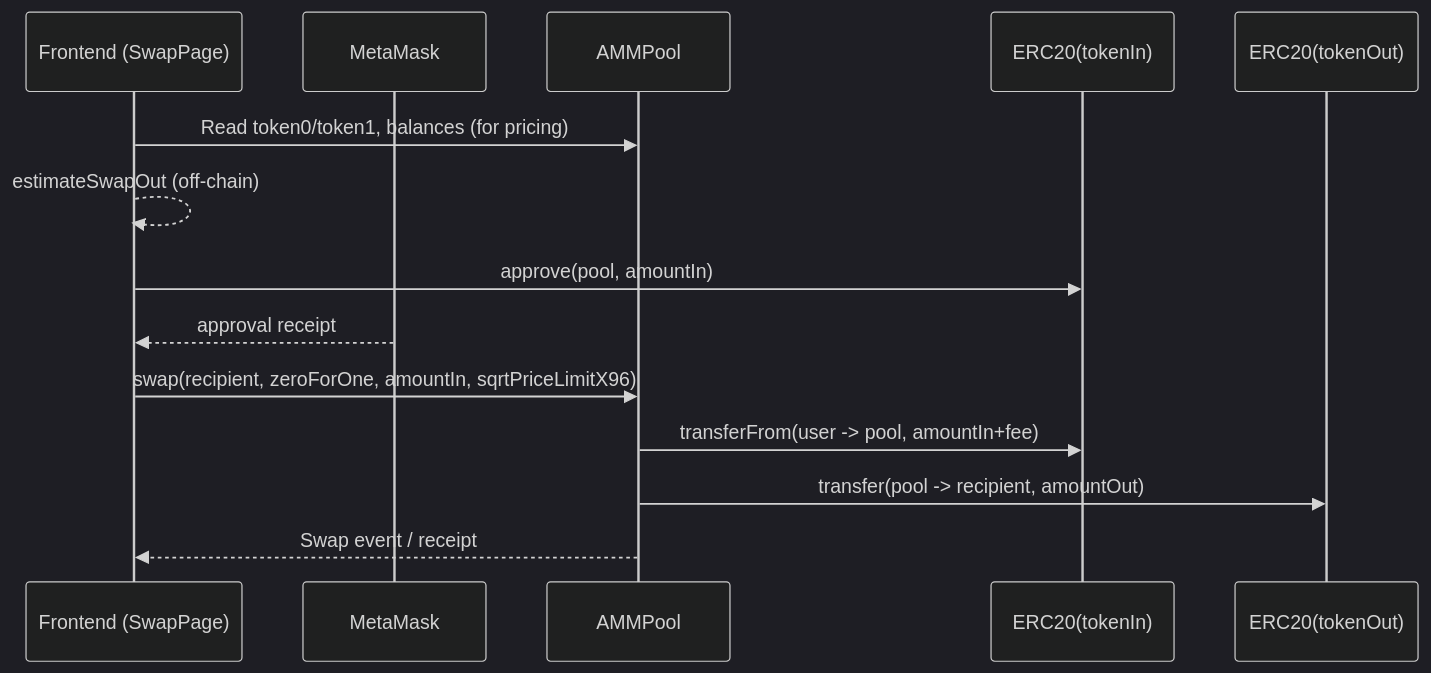
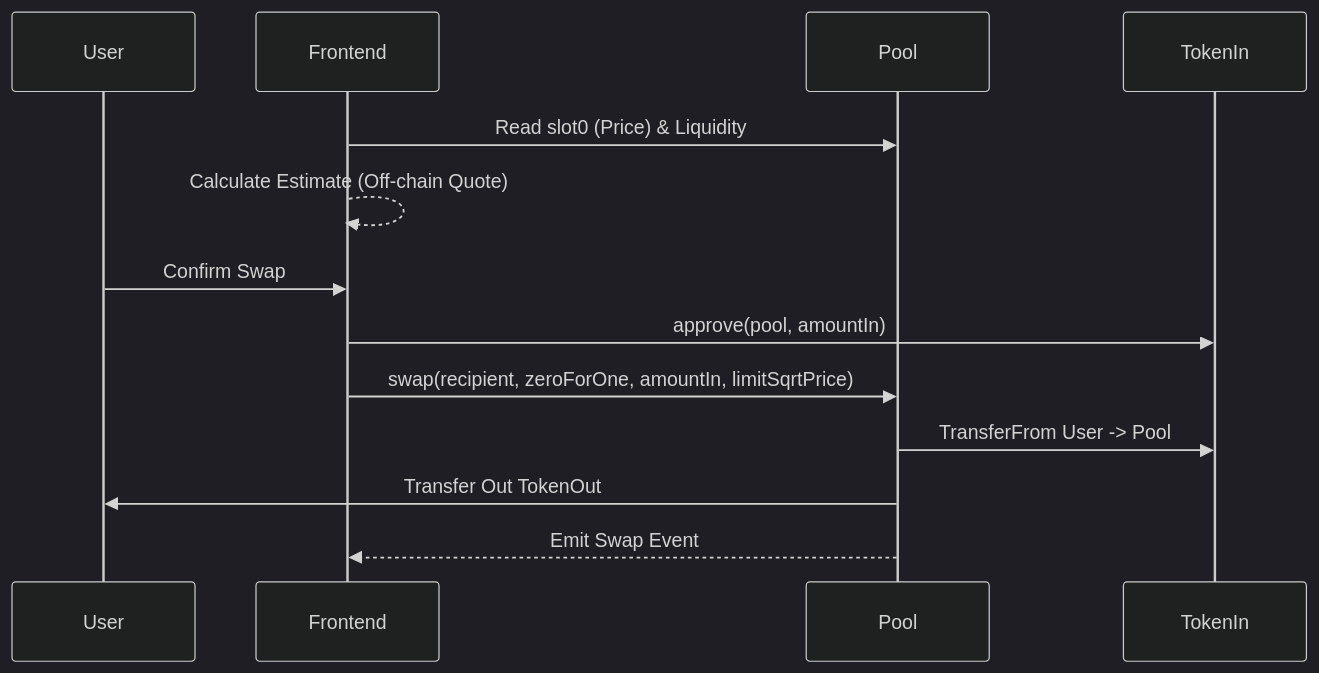
Before and after one commit to nft-maker-one/amm_protocol: the third of 3 diagrams in Architecture Document.md, drawn with Mermaid (dark theme). The commit also changed other lines of this file and 3 other files, not shown here.

````diff
--- a/Architecture Document.md
+++ b/Architecture Document.md
@@ -217,19 +233,17 @@
 ```mermaid
 sequenceDiagram
-  participant FE as Frontend (SwapPage)
-  participant MM as MetaMask
-  participant P as AMMPool
-  participant EIN as ERC20(tokenIn)
-  participant EOUT as ERC20(tokenOut)
+  participant User
+  participant FE as Frontend
+  participant Pool
+  participant TokenIn
 
-  FE->>P: Read token0/token1, balances (for pricing)
-  FE-->>FE: estimateSwapOut (off-chain)
-
-  FE->>EIN: approve(pool, amountIn)
-  MM-->>FE: approval receipt
-
-  FE->>P: swap(recipient, zeroForOne, amountIn, sqrtPriceLimitX96)
-  P->>EIN: transferFrom(user -> pool, amountIn+fee)
-  P->>EOUT: transfer(pool -> recipient, amountOut)
-  P-->>FE: Swap event / receipt
+  FE->>Pool: Read slot0 (Price) & Liquidity
+  FE-->>FE: Calculate Estimate (Off-chain Quote)
+  
+  User->>FE: Confirm Swap
+  FE->>TokenIn: approve(pool, amountIn)
+  FE->>Pool: swap(recipient, zeroForOne, amountIn, limitSqrtPrice)
+  Pool->>TokenIn: TransferFrom User -> Pool
+  Pool->>User: Transfer Out TokenOut
+  Pool-->>FE: Emit Swap Event
 ```
````
